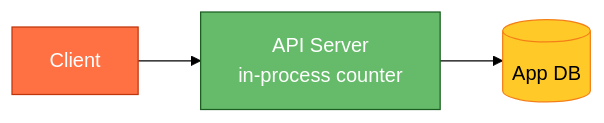
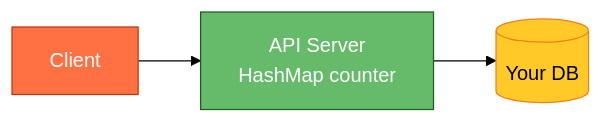
Before and after one commit to iluzn/HLD-Designs: the second of 13 diagrams in RateLimiter.md, drawn with Mermaid (forest theme). The commit also changed other lines of this file, not shown here.

Commit message:
Rewrite Rate Limiter: beginner-friendly with diagrams-first, glossary, decision trees

````diff
--- a/RateLimiter.md
+++ b/RateLimiter.md
@@ -15,13 +66,13 @@
 ```mermaid
 flowchart LR
     CLIENT["Client"]:::client
-    API["API Server<br/>in-process counter"]:::service
-    DB[("App DB")]:::data
+    API["API Server<br/>HashMap counter"]:::service
+    DB[("Your DB")]:::data
 
     CLIENT --> API
     API --> DB
 
     classDef client fill:#FF7043,stroke:#BF360C,color:#fff
     classDef service fill:#66BB6A,stroke:#1B5E20,color:#fff
     classDef data fill:#FFCA28,stroke:#F57F17,color:#000
 ```
````
